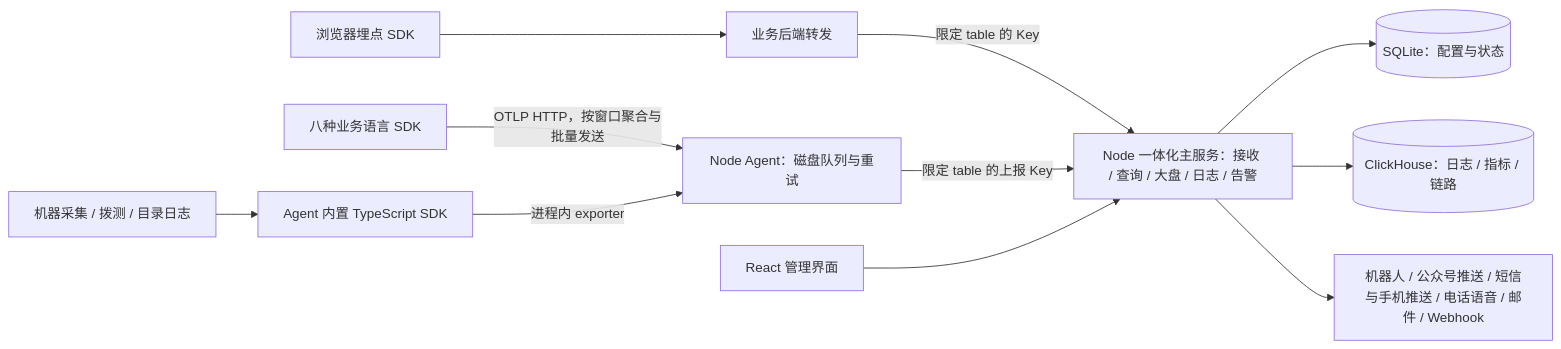
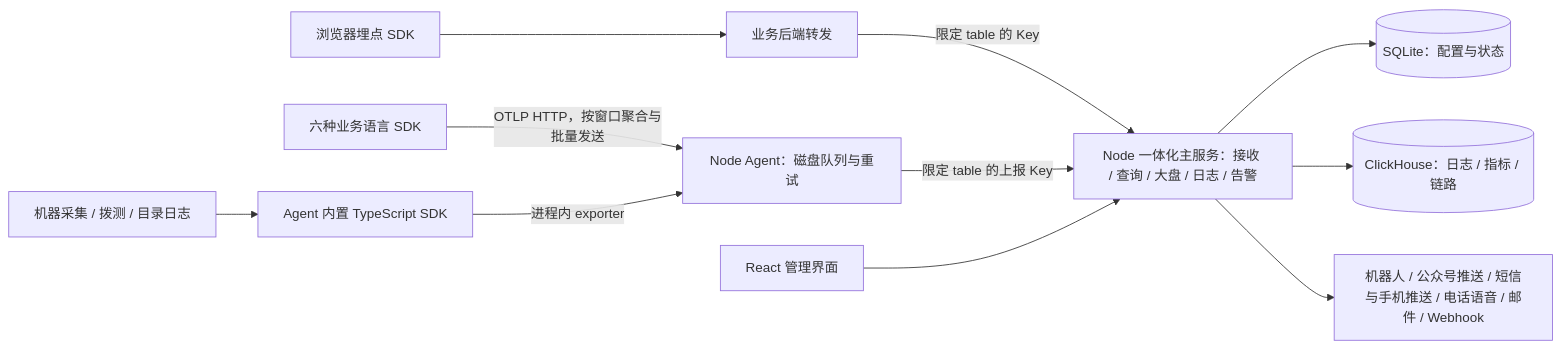
Before and after one commit to workhold/lightmoni: the diagram in docs/architecture.md, drawn with Mermaid. The commit also changed other lines of this file and 78 other files, not shown here.

````diff
--- a/docs/architecture.md
+++ b/docs/architecture.md
@@ -22,13 +22,13 @@
 ```mermaid
 flowchart LR
     B[浏览器埋点 SDK] --> P[业务后端转发]
     P -->|限定 table 的 Key| M
-    S[八种业务语言 SDK] -->|OTLP HTTP，按窗口聚合与批量发送| A
+    S[六种业务语言 SDK] -->|OTLP HTTP，按窗口聚合与批量发送| A
     H[机器采集 / 拨测 / 目录日志] --> G[Agent 内置 TypeScript SDK]
     G -->|进程内 exporter| A
     A[Node Agent：磁盘队列与重试] -->|限定 table 的上报 Key| M
     U[React 管理界面] --> M
     M[Node 一体化主服务：接收 / 查询 / 大盘 / 日志 / 告警] --> Q[(SQLite：配置与状态)]
     M --> C[(ClickHouse：日志 / 指标 / 链路)]
     M --> N[机器人 / 公众号推送 / 短信与手机推送 / 电话语音 / 邮件 / Webhook]
 ```
````
